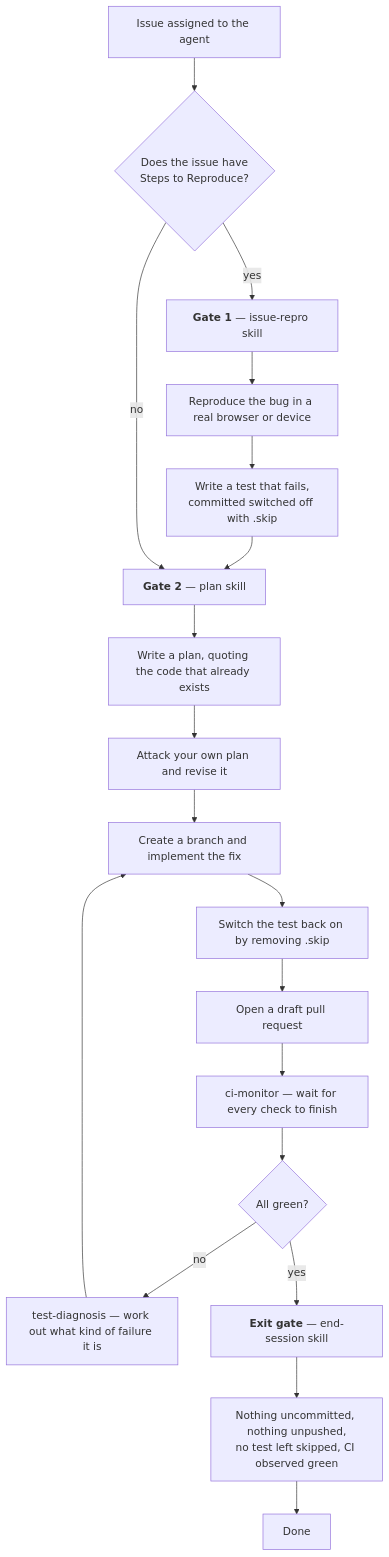
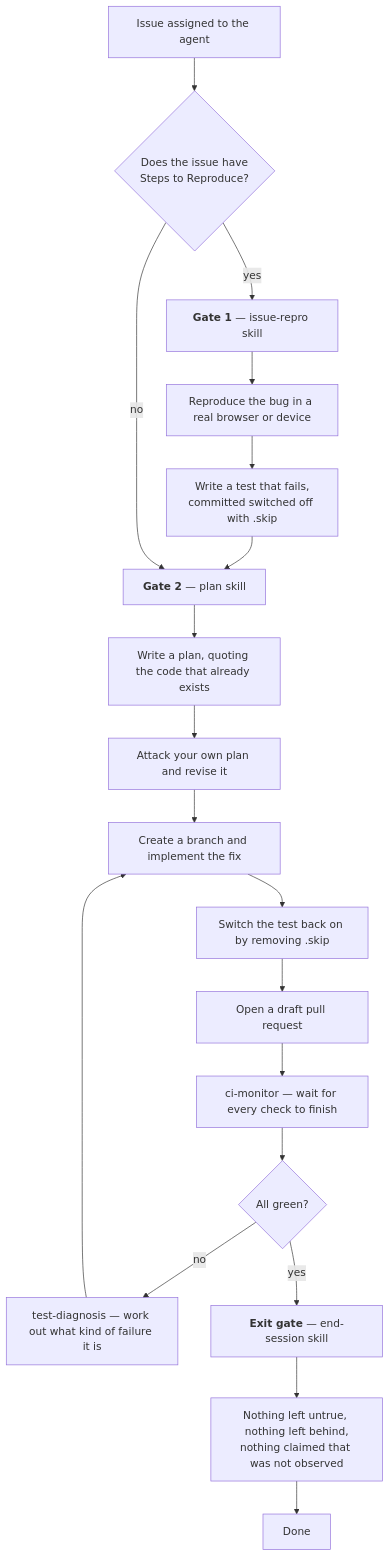
Before and after one commit to cybersemics/em: the second of 2 diagrams in docs/agents/readme.md, drawn with Mermaid. The commit also changed other lines of this file and 2 other files, not shown here.

````diff
--- a/docs/agents/readme.md
+++ b/docs/agents/readme.md
@@ -68,33 +68,33 @@
 ```mermaid
 flowchart TD
     A["Issue assigned to the agent"] --> B{"Does the issue have<br/>Steps to Reproduce?"}
     B -- yes --> C["<b>Gate 1</b> — issue-repro skill"]
     C --> C1["Reproduce the bug in a real browser or device"]
     C1 --> C2["Write a test that fails,<br/>committed switched off with .skip"]
     C2 --> D["<b>Gate 2</b> — plan skill"]
     B -- no --> D
     D --> D1["Write a plan, quoting the code that already exists"]
     D1 --> D2["Attack your own plan and revise it"]
     D2 --> E["Create a branch and implement the fix"]
     E --> E1["Switch the test back on by removing .skip"]
     E1 --> F["Open a draft pull request"]
     F --> G["ci-monitor — wait for every check to finish"]
     G --> H{"All green?"}
     H -- no --> I["test-diagnosis — work out what kind of failure it is"]
     I --> E
     H -- yes --> J["<b>Exit gate</b> — end-session skill"]
-    J --> J1["Nothing uncommitted, nothing unpushed,<br/>no test left skipped, CI observed green"]
+    J --> J1["Nothing left untrue, nothing left behind,<br/>nothing claimed that was not observed"]
     J1 --> K["Done"]
 
     click C "skills.md#issue-repro" "The issue-repro skill"
     click C1 "skills.md#browser-control" "How the browser is brought up"
     click C2 "tdd.md" "Why the test is committed switched off"
     click D "skills.md#plan" "The plan skill"
     click D1 "skills.md#plan" "What the plan must contain"
     click D2 "skills.md#plan" "The critique stage"
     click E1 "tdd.md#why-locally-run-tests-ignore-the-skip" "Switching the test back on"
     click G "skills.md#ci-monitor" "The ci-monitor skill"
     click I "skills.md#test-diagnosis" "The test-diagnosis skill"
     click J "skills.md#end-session" "The end-session skill"
     click J1 "skills.md#end-session" "The exit checklist, step by step"
 ```
````
